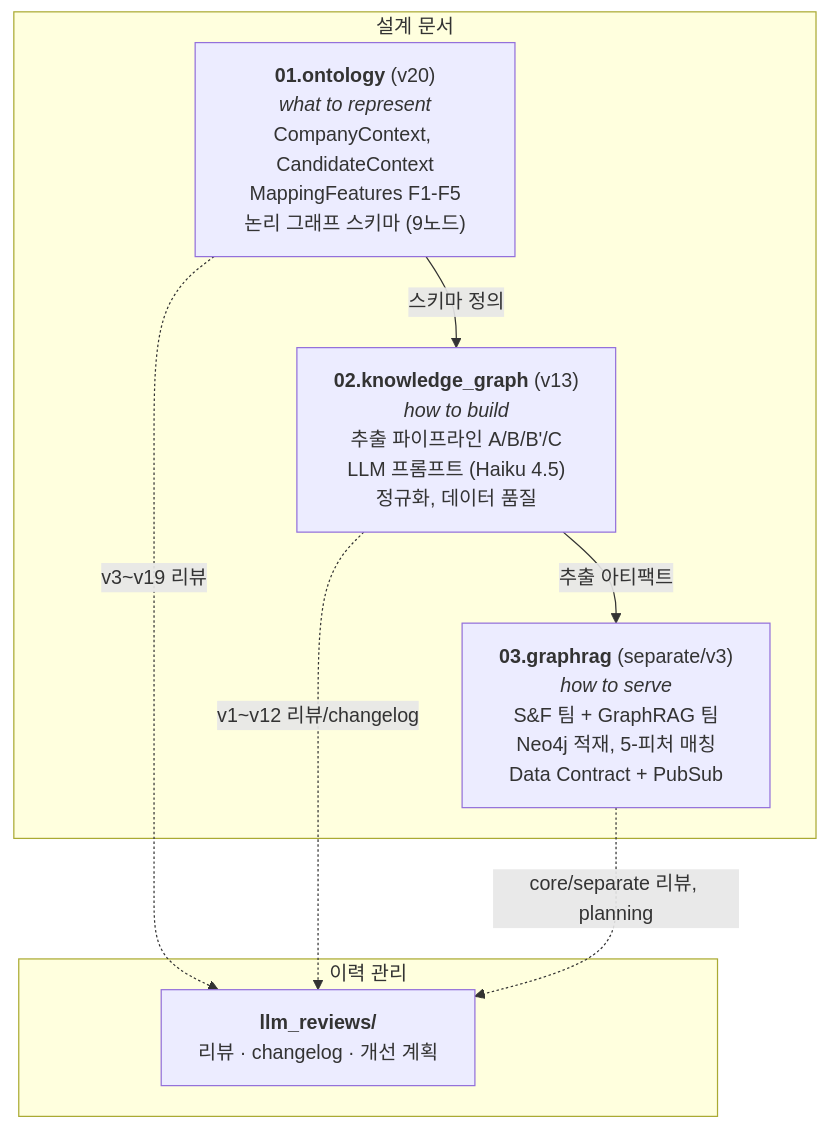
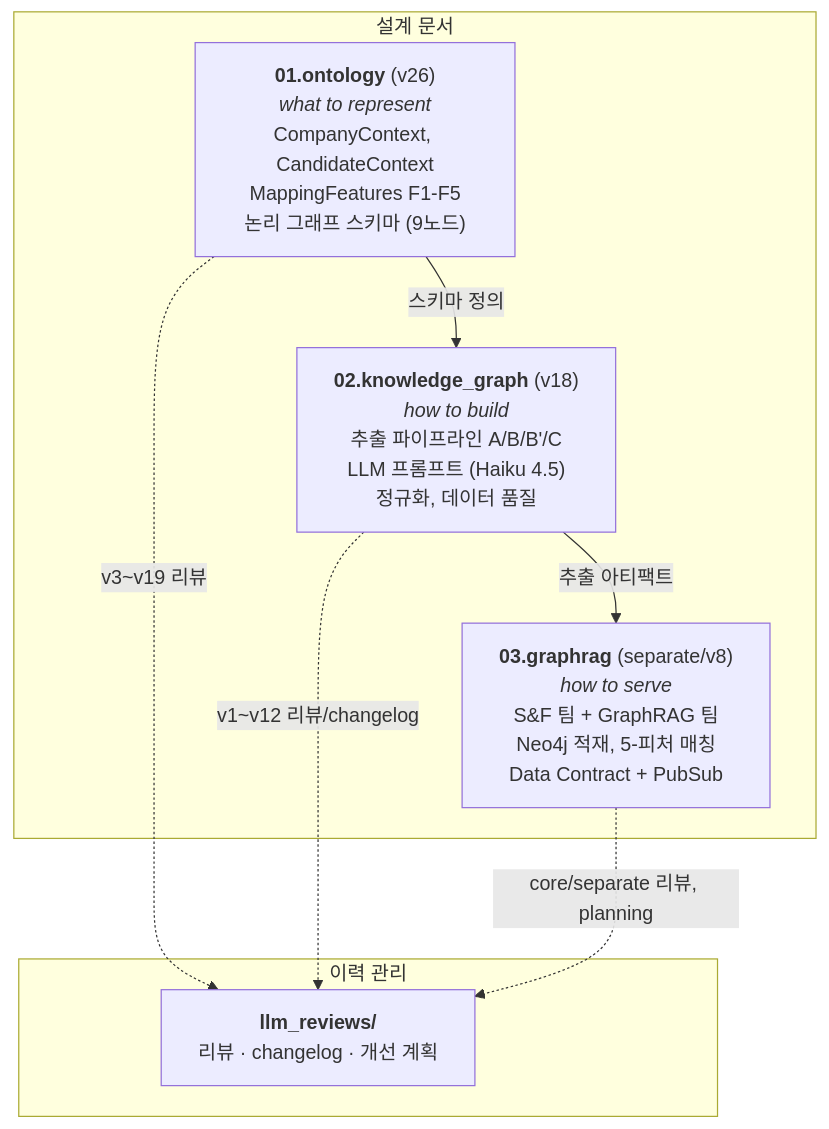
The diagram in README.md (kyun6318/knowledge-engineering), drawn with Mermaid before and after one commit. The commit also changed other lines of this file and 257 other files, not shown here.

````diff
--- a/README.md
+++ b/README.md
@@ -36,18 +36,18 @@
 ```mermaid
 graph TD
     subgraph "설계 문서"
-        ONT["<b>01.ontology</b> (v20)<br/><i>what to represent</i><br/>CompanyContext, CandidateContext<br/>MappingFeatures F1-F5<br/>논리 그래프 스키마 (9노드)"]
-        KG["<b>02.knowledge_graph</b> (v13)<br/><i>how to build</i><br/>추출 파이프라인 A/B/B'/C<br/>LLM 프롬프트 (Haiku 4.5)<br/>정규화, 데이터 품질"]
-        GR["<b>03.graphrag</b> (separate/v3)<br/><i>how to serve</i><br/>S&amp;F 팀 + GraphRAG 팀<br/>Neo4j 적재, 5-피처 매칭<br/>Data Contract + PubSub"]
+        ONT["<b>01.ontology</b> (v26)<br/><i>what to represent</i><br/>CompanyContext, CandidateContext<br/>MappingFeatures F1-F5<br/>논리 그래프 스키마 (9노드)"]
+        KG["<b>02.knowledge_graph</b> (v18)<br/><i>how to build</i><br/>추출 파이프라인 A/B/B'/C<br/>LLM 프롬프트 (Haiku 4.5)<br/>정규화, 데이터 품질"]
+        GR["<b>03.graphrag</b> (separate/v8)<br/><i>how to serve</i><br/>S&amp;F 팀 + GraphRAG 팀<br/>Neo4j 적재, 5-피처 매칭<br/>Data Contract + PubSub"]
     end
 
     subgraph "이력 관리"
         LR["<b>llm_reviews/</b><br/>리뷰 · changelog · 개선 계획"]
     end
 
     ONT -->|"스키마 정의"| KG
     KG -->|"추출 아티팩트"| GR
     ONT -.->|"v3~v19 리뷰"| LR
     KG -.->|"v1~v12 리뷰/changelog"| LR
     GR -.->|"core/separate 리뷰, planning"| LR
 ```
````
